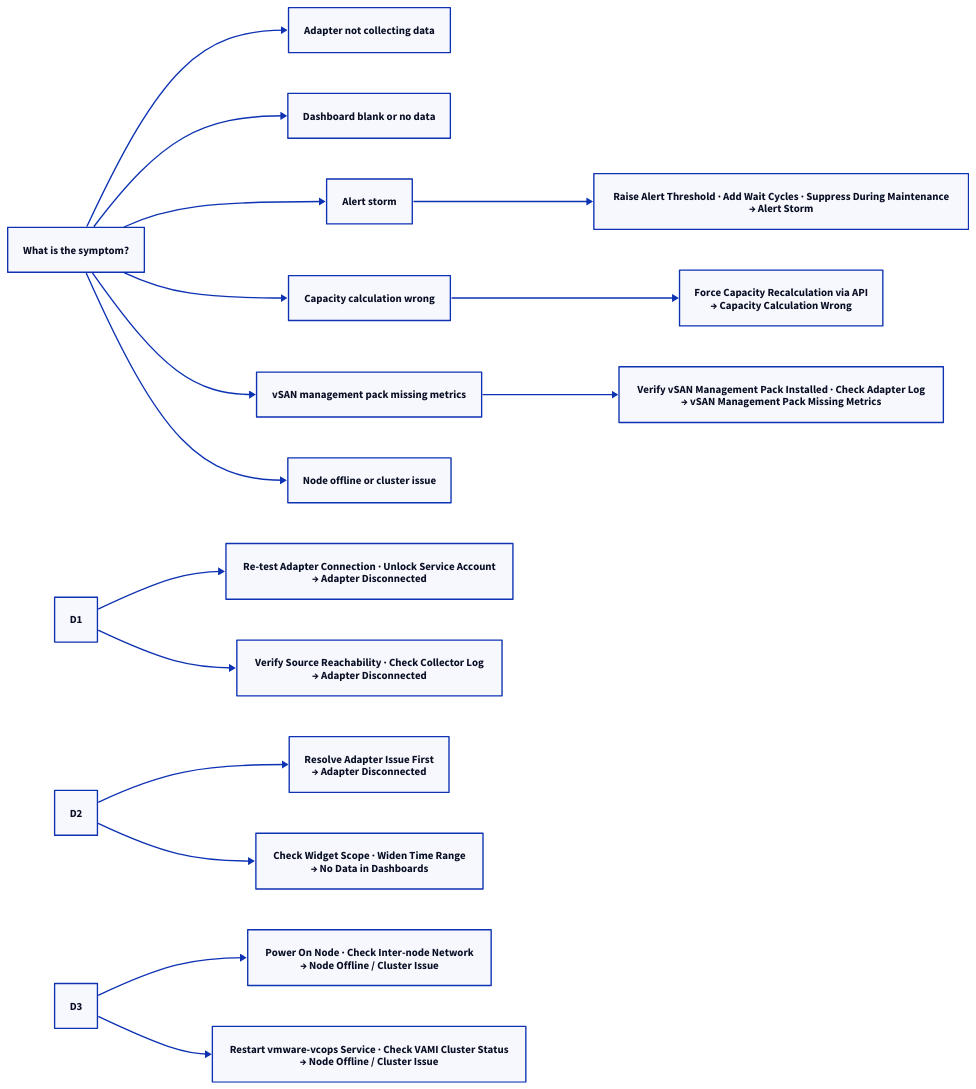
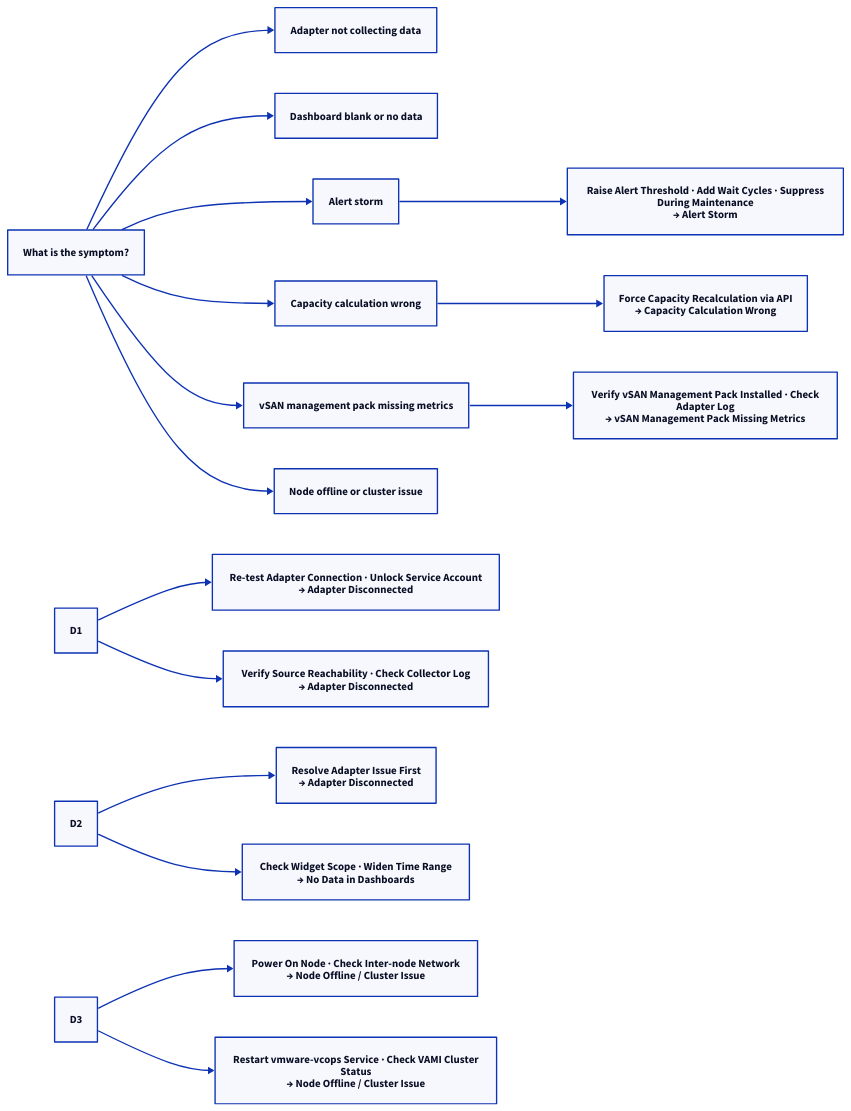
The second of 2 diagrams in docs/virtualization/vmware/aria-operations/troubleshooting/common-issues.md (canast01/chris-kb), drawn with D2 before and after one commit. The commit also changed 192 other files, not shown here.

````diff
--- a/docs/virtualization/vmware/aria-operations/troubleshooting/common-issues.md
+++ b/docs/virtualization/vmware/aria-operations/troubleshooting/common-issues.md
@@ -271,39 +271,39 @@
 ```d2
 direction: right
 
 S: "What is the symptom?" {shape: rectangle}
 B1: "Adapter not collecting data" {shape: rectangle}
 B2: "Dashboard blank or no data" {shape: rectangle}
 B3: "Alert storm" {shape: rectangle}
 B4: "Capacity calculation wrong" {shape: rectangle}
 B5: "vSAN management pack missing metrics" {shape: rectangle}
 B6: "Node offline or cluster issue" {shape: rectangle}
 D1: "D1" {shape: rectangle}
 R1: "Re-test Adapter Connection · Unlock Service Account\n→ Adapter Disconnected" {shape: rectangle}
 R2: "Verify Source Reachability · Check Collector Log\n→ Adapter Disconnected" {shape: rectangle}
 D2: "D2" {shape: rectangle}
 R3: "Resolve Adapter Issue First\n→ Adapter Disconnected" {shape: rectangle}
 R4: "Check Widget Scope · Widen Time Range\n→ No Data in Dashboards" {shape: rectangle}
-R5: "Raise Alert Threshold · Add Wait Cycles · Suppress During Maintenance\n→ Alert Storm" {shape: rectangle}
+R5: "Raise Alert Threshold · Add Wait Cycles · Suppress\nDuring Maintenance\n→ Alert Storm" {shape: rectangle}
 R6: "Force Capacity Recalculation via API\n→ Capacity Calculation Wrong" {shape: rectangle}
-R7: "Verify vSAN Management Pack Installed · Check Adapter Log\n→ vSAN Management Pack Missing Metrics" {shape: rectangle}
+R7: "Verify vSAN Management Pack Installed · Check\nAdapter Log\n→ vSAN Management Pack Missing Metrics" {shape: rectangle}
 D3: "D3" {shape: rectangle}
 R8: "Power On Node · Check Inter-node Network\n→ Node Offline / Cluster Issue" {shape: rectangle}
-R9: "Restart vmware-vcops Service · Check VAMI Cluster Status\n→ Node Offline / Cluster Issue" {shape: rectangle}
+R9: "Restart vmware-vcops Service · Check VAMI Cluster\nStatus\n→ Node Offline / Cluster Issue" {shape: rectangle}
 
 S -> B1
 S -> B2
 S -> B3
 S -> B4
 S -> B5
 S -> B6
 D1 -> R1
 D1 -> R2
 D2 -> R3
 D2 -> R4
 B3 -> R5
 B4 -> R6
 B5 -> R7
 D3 -> R8
 D3 -> R9
 ```
````
